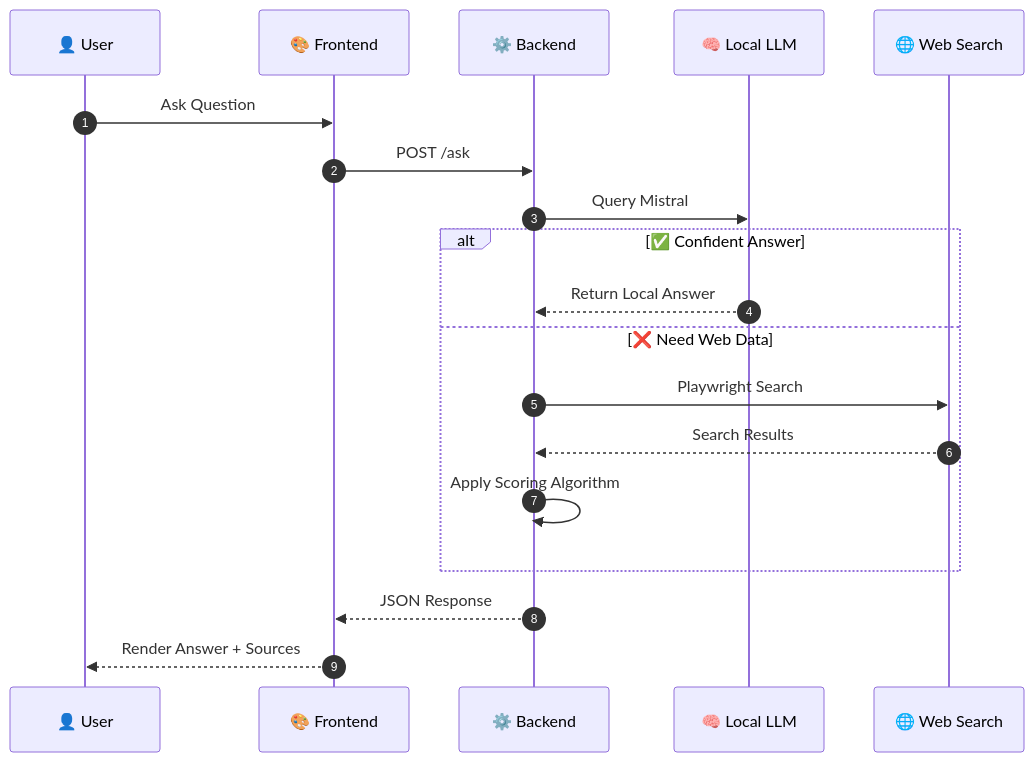
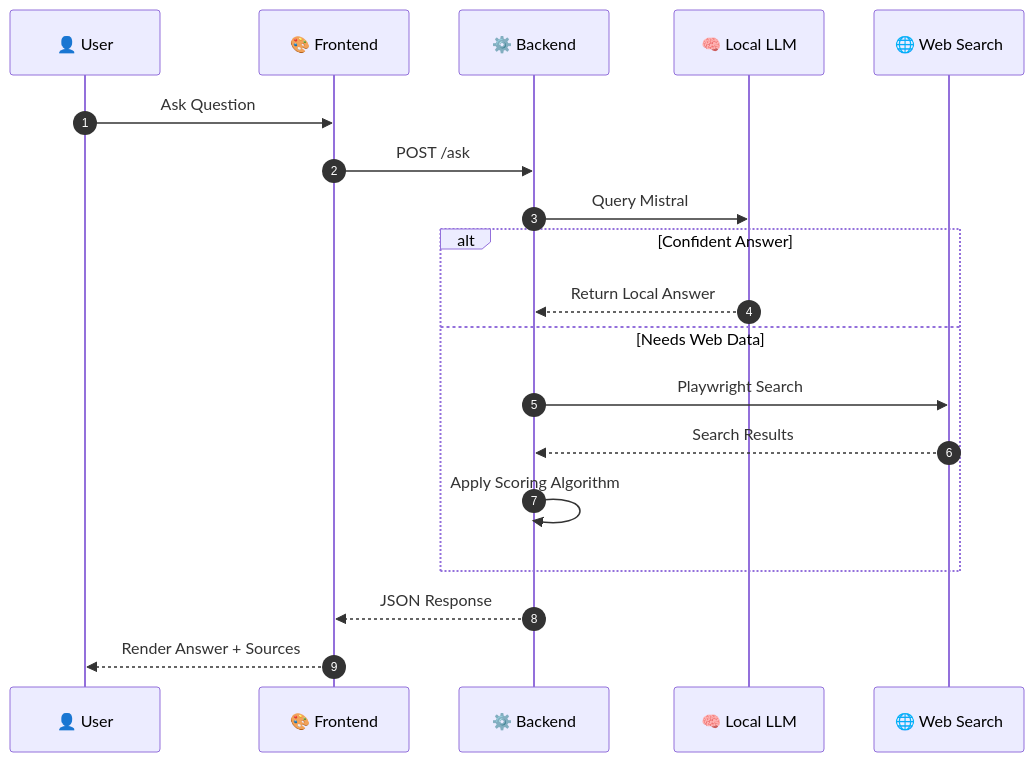
The second of 6 diagrams in README.md (AshmitThakur23/Local-AI-Web-Navigator), drawn with Mermaid before and after one commit. The commit also changed other lines of this file, not shown here.

````diff
--- a/README.md
+++ b/README.md
@@ -204,24 +229,24 @@
 ```mermaid
 sequenceDiagram
     autonumber
     participant U as 👤 User
     participant F as 🎨 Frontend
     participant B as ⚙️ Backend
     participant L as 🧠 Local LLM
     participant W as 🌐 Web Search
-    
+
     U->>F: Ask Question
     F->>B: POST /ask
     B->>L: Query Mistral
-    
-    alt ✅ Confident Answer
+
+    alt Confident Answer
         L-->>B: Return Local Answer
-    else ❌ Need Web Data
+    else Needs Web Data
         B->>W: Playwright Search
         W-->>B: Search Results
         B->>B: Apply Scoring Algorithm
     end
-    
+
     B-->>F: JSON Response
     F-->>U: Render Answer + Sources
 ```
````
